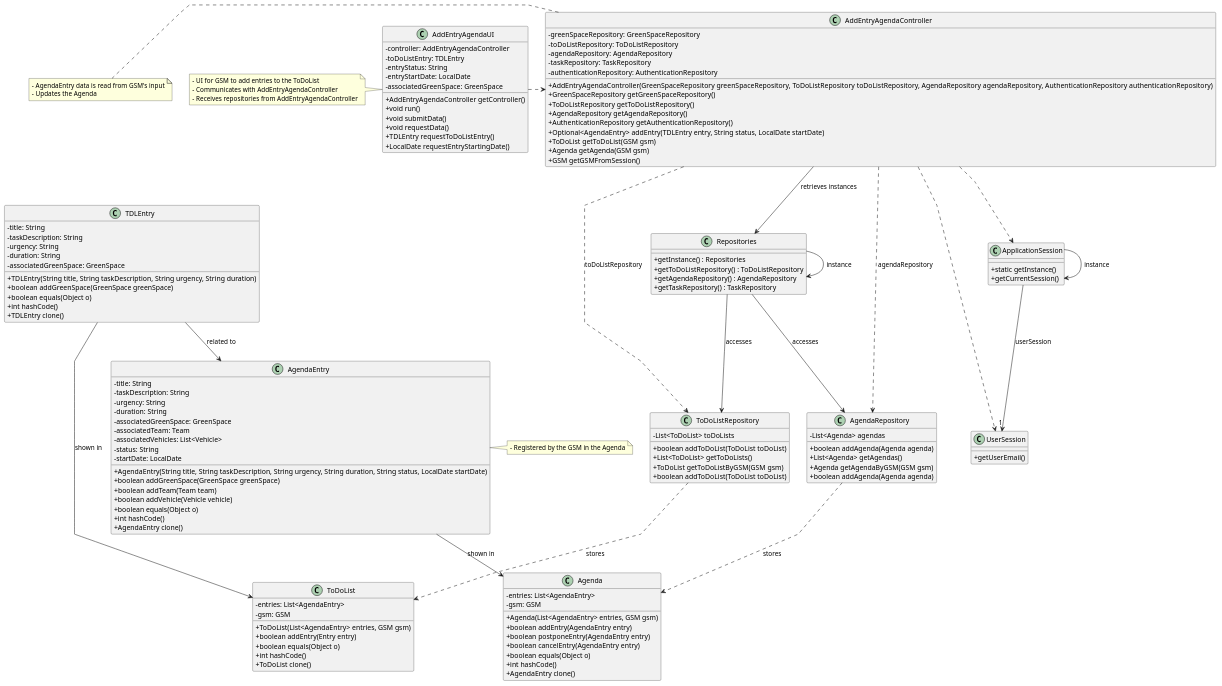
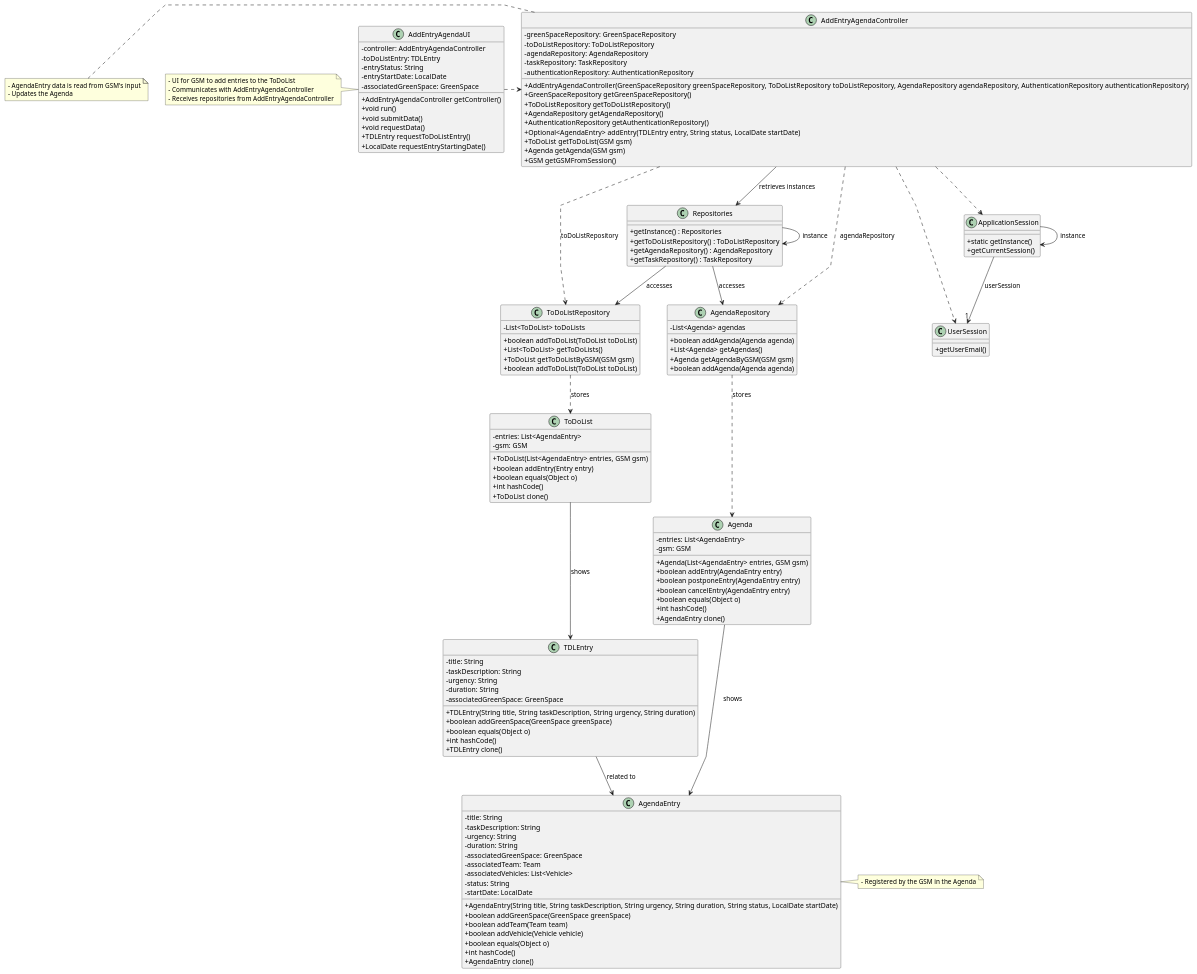
One commit to tiagosoa/lei-24-s2-1dgh-g073 changed the diagram in docs/sprint3/us022/03.design/puml/us022-class-diagram.puml. Above: the diagram before and after it, drawn with PlantUML. The commit also changed 20 other files, not shown here.

```diff
--- a/docs/sprint3/us022/03.design/puml/us022-class-diagram.puml
+++ b/docs/sprint3/us022/03.design/puml/us022-class-diagram.puml
@@ -1,171 +1,171 @@
 @startuml
 'skinparam monochrome true
 skinparam packageStyle rectangle
 skinparam shadowing false
 skinparam linetype polyline
 'skinparam linetype orto
 
 skinparam classAttributeIconSize 0
 
 
 class ApplicationSession
 {
     + static getInstance()
     + getCurrentSession()
 }
 
 class UserSession
 {
     + getUserEmail()
 }
 
 class TDLEntry {
     - title: String
     - taskDescription: String
     - urgency: String
     - duration: String
     - associatedGreenSpace: GreenSpace
     + TDLEntry(String title, String taskDescription, String urgency, String duration)
     + boolean addGreenSpace(GreenSpace greenSpace)
     + boolean equals(Object o)
     + int hashCode()
     + TDLEntry clone()
 }
 
 class AgendaEntry {
     - title: String
     - taskDescription: String
     - urgency: String
     - duration: String
     - associatedGreenSpace: GreenSpace
     - associatedTeam: Team
     - associatedVehicles: List<Vehicle>
     - status: String
     - startDate: LocalDate
     + AgendaEntry(String title, String taskDescription, String urgency, String duration, String status, LocalDate startDate)
     + boolean addGreenSpace(GreenSpace greenSpace)
     + boolean addTeam(Team team)
     + boolean addVehicle(Vehicle vehicle)
     + boolean equals(Object o)
     + int hashCode()
     + AgendaEntry clone()
 }
 
 class ToDoList {
     - entries: List<AgendaEntry>
     - gsm: GSM
     + ToDoList(List<AgendaEntry> entries, GSM gsm)
     + boolean addEntry(Entry entry)
     + boolean equals(Object o)
     + int hashCode()
     + ToDoList clone()
 }
 
 class Agenda {
     - entries: List<AgendaEntry>
     - gsm: GSM
     + Agenda(List<AgendaEntry> entries, GSM gsm)
     + boolean addEntry(AgendaEntry entry)
     + boolean postponeEntry(AgendaEntry entry)
     + boolean cancelEntry(AgendaEntry entry)
     + boolean equals(Object o)
     + int hashCode()
     + AgendaEntry clone()
 }
 
 class ToDoListRepository {
   - List<ToDoList> toDoLists
   + boolean addToDoList(ToDoList toDoList)
   + List<ToDoList> getToDoLists()
   + ToDoList getToDoListByGSM(GSM gsm)
   + boolean addToDoList(ToDoList toDoList)
 }
 
 class AgendaRepository {
   - List<Agenda> agendas
   + boolean addAgenda(Agenda agenda)
   + List<Agenda> getAgendas()
   + Agenda getAgendaByGSM(GSM gsm)
   + boolean addAgenda(Agenda agenda)
 }
 
 class Repositories {
   + getInstance() : Repositories
   + getToDoListRepository() : ToDoListRepository
   + getAgendaRepository() : AgendaRepository
   + getTaskRepository() : TaskRepository
 }
 
 class AddEntryAgendaUI {
   - controller: AddEntryAgendaController
   - toDoListEntry: TDLEntry
   - entryStatus: String
   - entryStartDate: LocalDate
   - associatedGreenSpace: GreenSpace
   + AddEntryAgendaController getController()
   + void run()
   + void submitData()
   + void requestData()
   + TDLEntry requestToDoListEntry()
   + LocalDate requestEntryStartingDate()
 }
 
 class AddEntryAgendaController {
   - greenSpaceRepository: GreenSpaceRepository
   - toDoListRepository: ToDoListRepository
   - agendaRepository: AgendaRepository
   - taskRepository: TaskRepository
   - authenticationRepository: AuthenticationRepository
   + AddEntryAgendaController(GreenSpaceRepository greenSpaceRepository, ToDoListRepository toDoListRepository, AgendaRepository agendaRepository, AuthenticationRepository authenticationRepository)
   + GreenSpaceRepository getGreenSpaceRepository()
   + ToDoListRepository getToDoListRepository()
   + AgendaRepository getAgendaRepository()
   + AuthenticationRepository getAuthenticationRepository()
   + Optional<AgendaEntry> addEntry(TDLEntry entry, String status, LocalDate startDate)
   + ToDoList getToDoList(GSM gsm)
   + Agenda getAgenda(GSM gsm)
   + GSM getGSMFromSession()
 }
 
 
 note left of AddEntryAgendaController
   - AgendaEntry data is read from GSM's input
   - Updates the Agenda
 end note
 
 note left of AddEntryAgendaUI
   - UI for GSM to add entries to the ToDoList
   - Communicates with AddEntryAgendaController
   - Receives repositories from AddEntryAgendaController
 end note
 
 note right of AgendaEntry
  - Registered by the GSM in the Agenda
 end note
 
-AgendaEntry --> Agenda: shown in
-TDLEntry --> ToDoList: shown in
+Agenda --> AgendaEntry: shows
+ToDoList --> TDLEntry: shows
 TDLEntry --> AgendaEntry: related to
 
 Repositories -> Repositories : instance
 ApplicationSession -> ApplicationSession : instance
 
 AddEntryAgendaUI .> AddEntryAgendaController
 
 AddEntryAgendaController -down-> Repositories : retrieves instances
 
 Repositories -down-> ToDoListRepository : accesses
 Repositories -down-> AgendaRepository : accesses
 
 AddEntryAgendaController ..> ToDoListRepository : toDoListRepository
 AddEntryAgendaController ..> AgendaRepository : agendaRepository
 
 ApplicationSession --> "1" UserSession : userSession
 
 AddEntryAgendaController ..> ApplicationSession
 AddEntryAgendaController ..> UserSession
 
 ToDoListRepository ..> ToDoList: stores
 AgendaRepository ..> Agenda: stores
 
 @enduml
```
